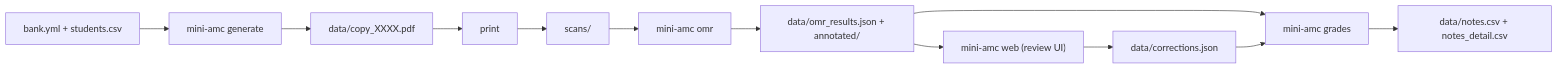
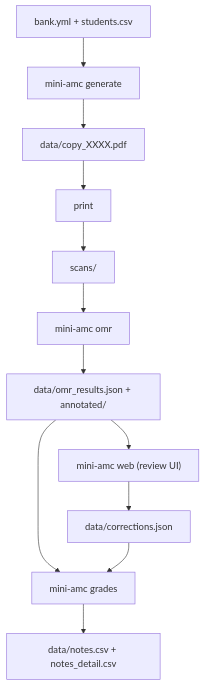
The diagram in README.md (boileaum/mini-amc), drawn with Mermaid before and after one commit.

Commit message:
README: vertical (top-down) Mermaid pipeline diagram
Generated by Mistral Vibe.

````diff
--- a/README.md
+++ b/README.md
@@ -34,13 +34,13 @@
 ```mermaid
-flowchart LR
+flowchart TD
   bank["bank.yml + students.csv"] --> gen["mini-amc generate"]
   gen --> pdf["data/copy_XXXX.pdf"]
   pdf --> print["print"] --> scans["scans/"]
   scans --> omr["mini-amc omr"]
   omr --> res["data/omr_results.json + annotated/"]
   res --> web["mini-amc web (review UI)"]
   web --> corr["data/corrections.json"]
   res --> grades["mini-amc grades"]
   corr --> grades
   grades --> notes["data/notes.csv + notes_detail.csv"]
 ```
````
